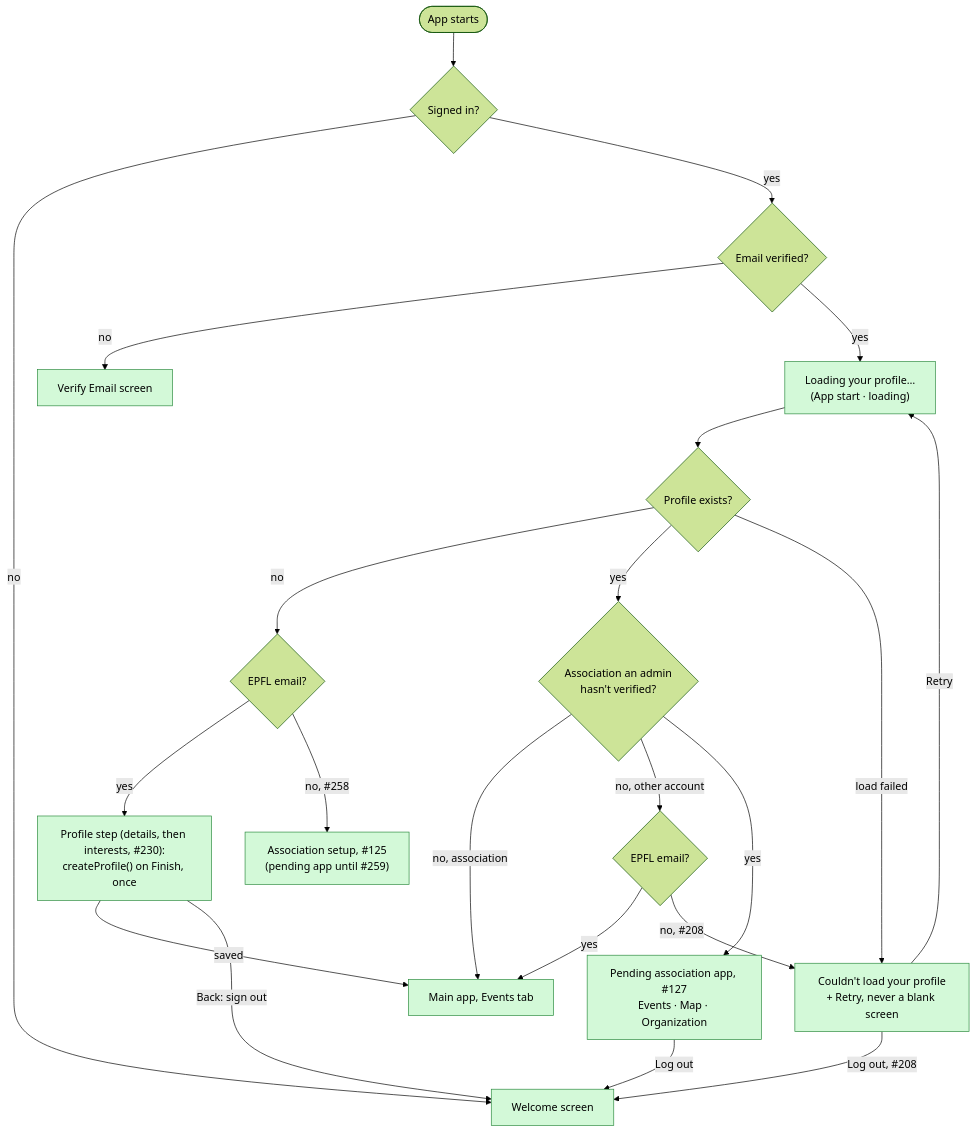
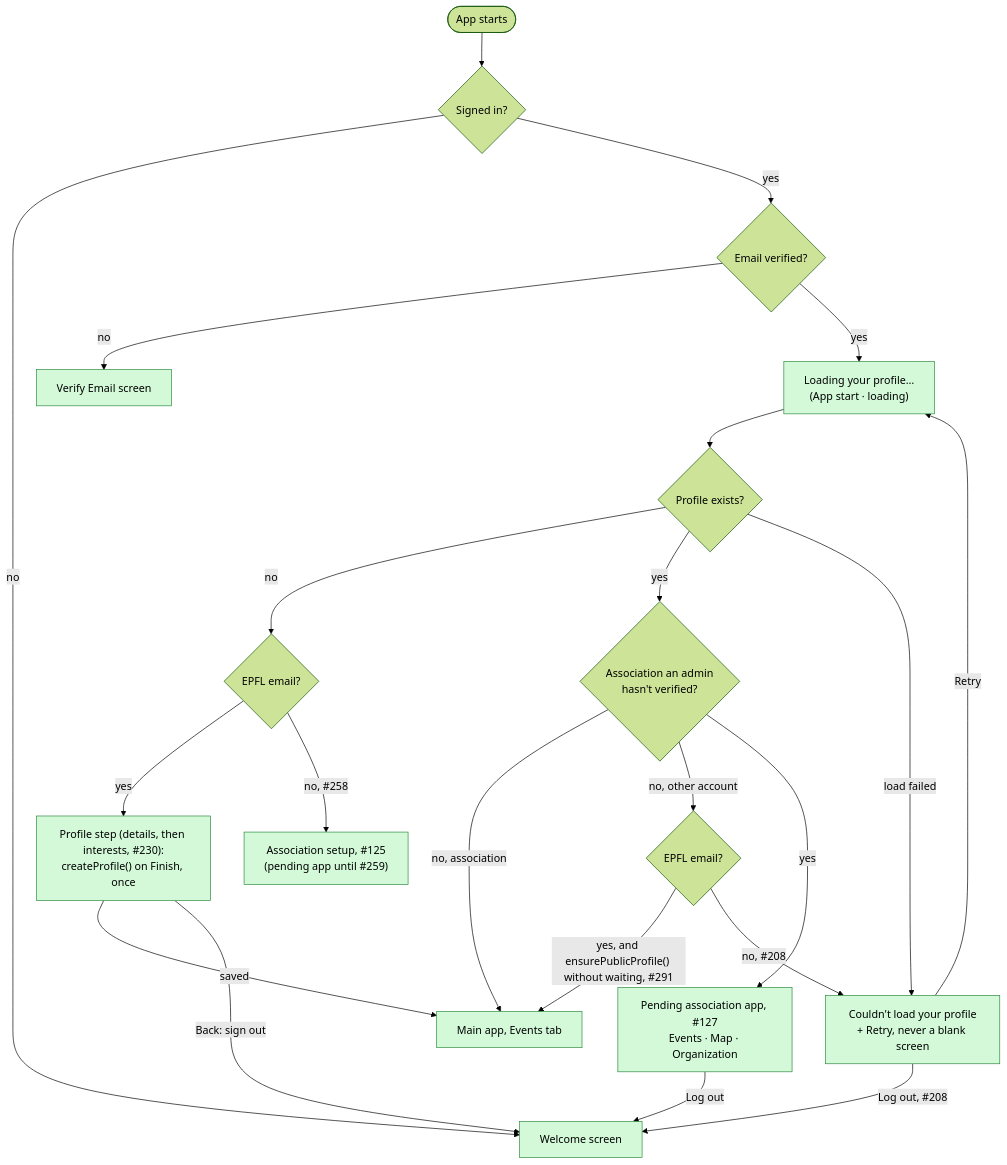
One commit to swent-polysocial/PolySocial changed the ninth of 12 diagrams in docs/Architecture-Diagram.md. Above: the diagram before and after it, drawn with Mermaid (forest theme). The commit also changed other lines of this file and 1 other file, not shown here.

First line of the commit message:
docs: record the public profile repair

````diff
--- a/docs/Architecture-Diagram.md
+++ b/docs/Architecture-Diagram.md
@@ -329,25 +331,25 @@
 ```mermaid
 flowchart TD
   classDef s1 fill:#d3f9d8,stroke:#2b8a3e,color:#000
   start(["App starts"]) --> q1{"Signed in?"}
   q1 -- no --> welcome["Welcome screen"]:::s1
   q1 -- yes --> q2{"Email verified?"}
   q2 -- no --> verify["Verify Email screen"]:::s1
   q2 -- yes --> load["Loading your profile…<br/>(App start · loading)"]:::s1 --> q3{"Profile exists?"}
   q3 -- no --> q5{"EPFL email?"}
   q5 -- yes --> create["Profile step (details, then interests, #230):<br/>createProfile() on Finish, once"]:::s1
   main["Main app, Events tab"]:::s1
   create -- "saved" --> main
   create -- "Back: sign out" --> welcome
   q3 -- yes --> q4{"Association an admin<br/>hasn't verified?"}
   q4 -- "no, association" --> main
   q4 -- "no, other account" --> q6{"EPFL email?"}
-  q6 -- yes --> main
+  q6 -- "yes, and ensurePublicProfile() without waiting, #291" --> main
   q4 -- yes --> pending["Pending association app, #127<br/>Events · Map · Organization"]:::s1
   pending -- "Log out" --> welcome
   q3 -- "load failed" --> err["Couldn't load your profile<br/>+ Retry, never a blank screen"]:::s1
   err -- "Retry" --> load
   err -- "Log out, #208" --> welcome
   q5 -- "no, #258" --> setup["Association setup, #125<br/>(pending app until #259)"]:::s1
   q6 -- "no, #208" --> err
 ```
````
